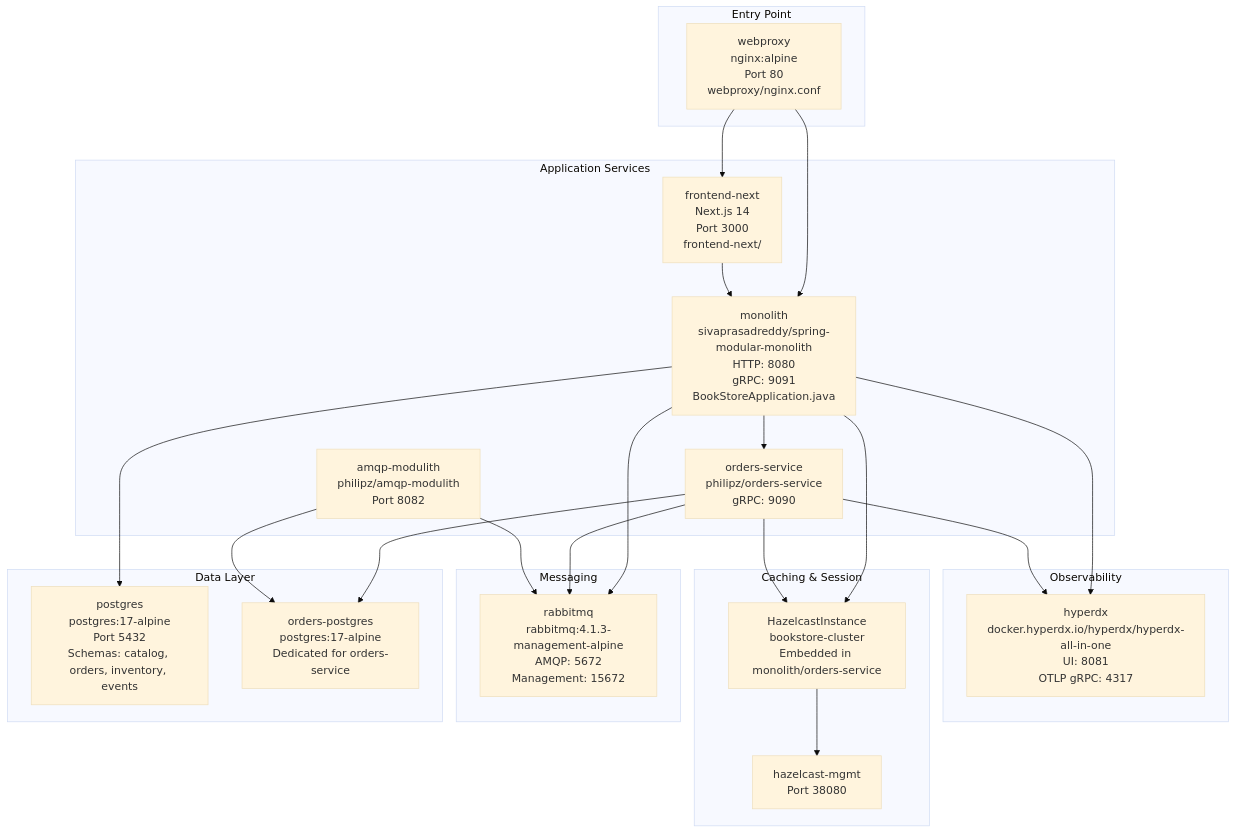
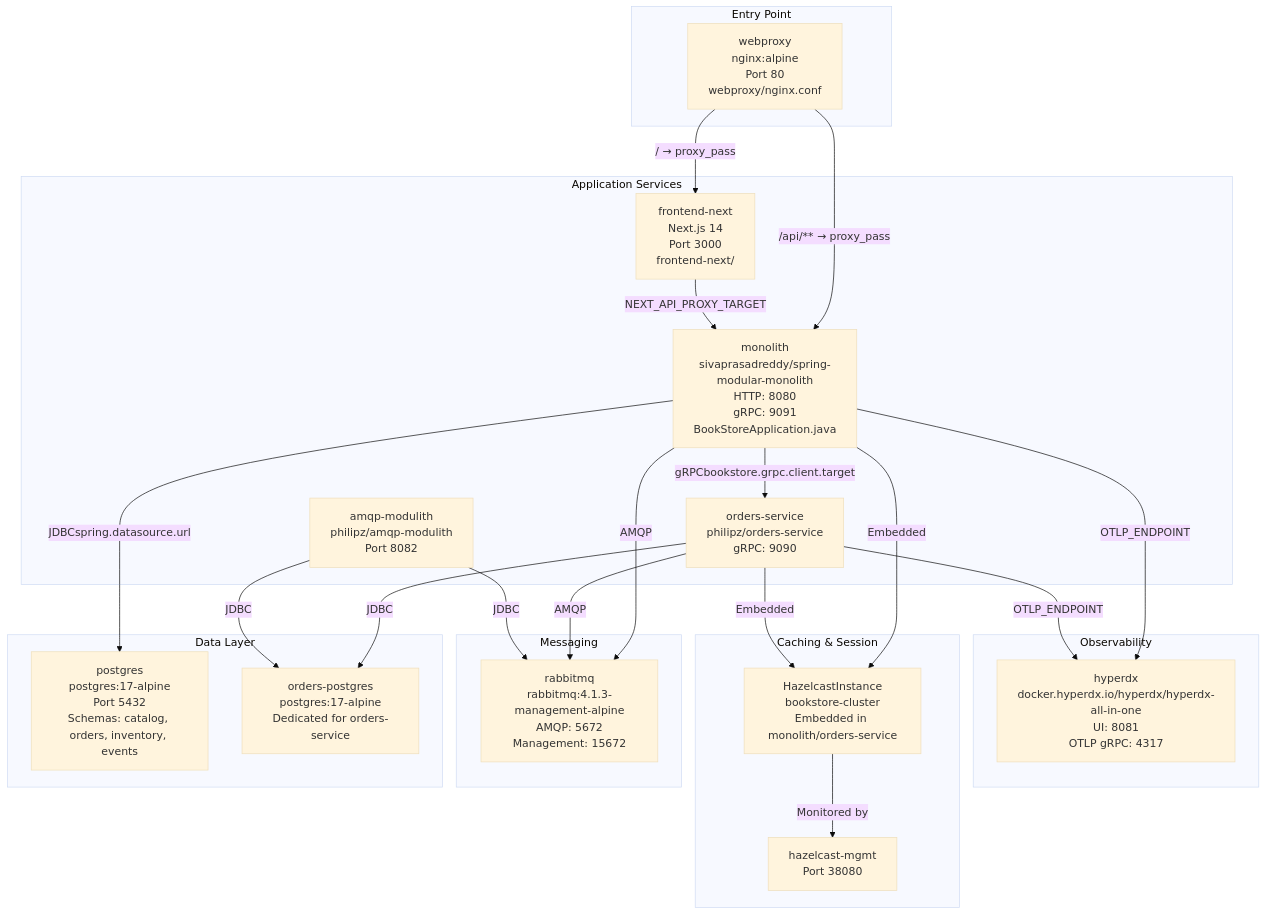
One commit to philipz/spring-modular-monolith changed the second of 5 diagrams in docs/deepwiki/Overview.md. Above: the diagram before and after it, drawn with Mermaid (base theme). The commit also changed other lines of this file and 55 other files, not shown here.

````diff
--- a/docs/deepwiki/Overview.md
+++ b/docs/deepwiki/Overview.md
@@ -132,60 +132,60 @@
 ```mermaid
 flowchart TD
 
 webproxy["webproxy<br>nginx:alpine<br>Port 80<br>webproxy/nginx.conf"]
 monolith["monolith<br>sivaprasadreddy/spring-modular-monolith<br>HTTP: 8080<br>gRPC: 9091<br>BookStoreApplication.java"]
 ordersService["orders-service<br>philipz/orders-service<br>gRPC: 9090"]
 frontend["frontend-next<br>Next.js 14<br>Port 3000<br>frontend-next/"]
 amqp["amqp-modulith<br>philipz/amqp-modulith<br>Port 8082"]
 postgres["postgres<br>postgres:17-alpine<br>Port 5432<br>Schemas: catalog, orders, inventory, events"]
 ordersPostgres["orders-postgres<br>postgres:17-alpine<br>Dedicated for orders-service"]
 rabbitmq["rabbitmq<br>rabbitmq:4.1.3-management-alpine<br>AMQP: 5672<br>Management: 15672"]
 hazelcast["HazelcastInstance<br>bookstore-cluster<br>Embedded in monolith/orders-service"]
 hazelcastMgmt["hazelcast-mgmt<br>Port 38080"]
 hyperdx["hyperdx<br>docker.hyperdx.io/hyperdx/hyperdx-all-in-one<br>UI: 8081<br>OTLP gRPC: 4317"]
 
-webproxy --> frontend
-webproxy --> monolith
-monolith --> postgres
-monolith --> rabbitmq
-monolith --> hyperdx
-monolith --> hazelcast
-ordersService --> ordersPostgres
-ordersService --> rabbitmq
-ordersService --> hyperdx
-ordersService --> hazelcast
-amqp --> rabbitmq
-amqp --> ordersPostgres
+webproxy -->|"/ → proxy_pass"| frontend
+webproxy -->|"/api/** → proxy_pass"| monolith
+monolith -->|"JDBCspring.datasource.url"| postgres
+monolith -->|"AMQP"| rabbitmq
+monolith -->|"OTLP_ENDPOINT"| hyperdx
+monolith -->|"Embedded"| hazelcast
+ordersService -->|"JDBC"| ordersPostgres
+ordersService -->|"AMQP"| rabbitmq
+ordersService -->|"OTLP_ENDPOINT"| hyperdx
+ordersService -->|"Embedded"| hazelcast
+amqp -->|"JDBC"| rabbitmq
+amqp -->|"JDBC"| ordersPostgres
 
 subgraph Observability ["Observability"]
     hyperdx
 end
 
 subgraph subGraph4 ["Caching & Session"]
     hazelcast
     hazelcastMgmt
-    hazelcast --> hazelcastMgmt
+    hazelcast -->|"Monitored by"| hazelcastMgmt
 end
 
 subgraph Messaging ["Messaging"]
     rabbitmq
 end
 
 subgraph subGraph2 ["Data Layer"]
     postgres
     ordersPostgres
 end
 
 subgraph subGraph1 ["Application Services"]
     monolith
     ordersService
     frontend
     amqp
-    frontend --> monolith
-    monolith --> ordersService
+    frontend -->|"NEXT_API_PROXY_TARGET"| monolith
+    monolith -->|"gRPCbookstore.grpc.client.target"| ordersService
 end
 
 subgraph subGraph0 ["Entry Point"]
     webproxy
 end
 ```
````
